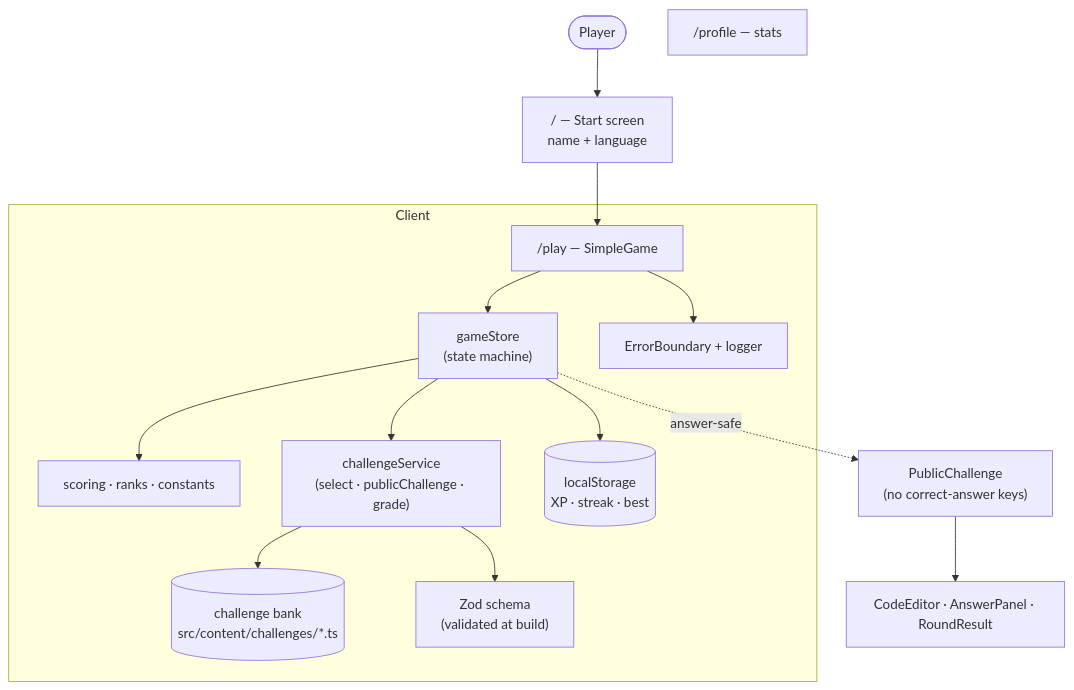
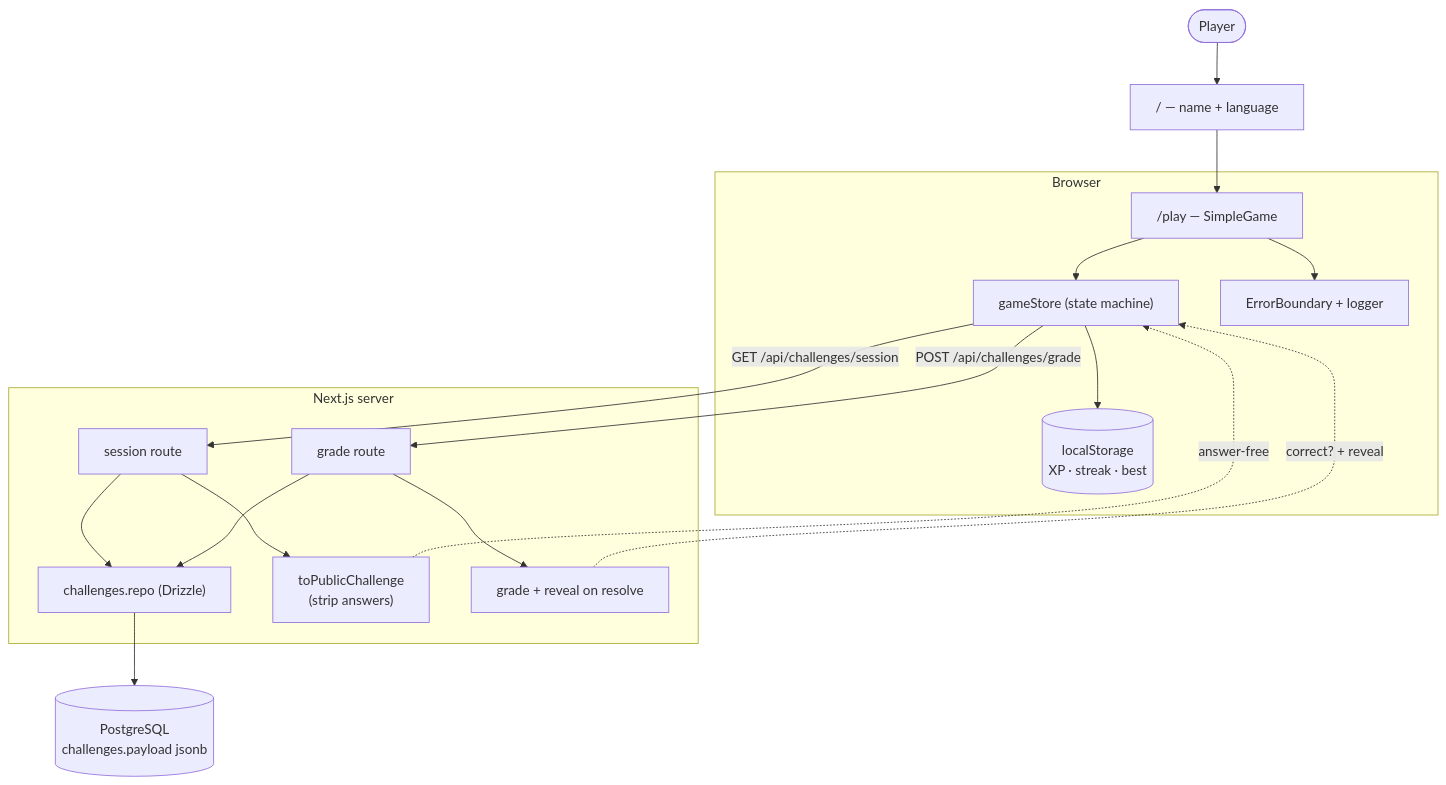
Before and after one commit to TestZucky/bug_hunter: the second of 3 diagrams in README.md, drawn with Mermaid. The commit also changed other lines of this file and 46 other files, not shown here.

First line of the commit message:
feat: move challenges to Postgres, serve answer-stripped, grade server-side

````diff
--- a/README.md
+++ b/README.md
@@ -56,19 +68,26 @@
 ```mermaid
 flowchart TD
-    Player([Player]) --> Start["/ — Start screen<br/>name + language"]
+    Player([Player]) --> Start["/ — name + language"]
     Start --> Play["/play — SimpleGame"]
-    Profile["/profile — stats"]
 
-    subgraph client [Client]
-        Play --> Store["gameStore<br/>(state machine)"]
-        Store --> Scoring["scoring · ranks · constants"]
-        Store --> Service["challengeService<br/>(select · publicChallenge · grade)"]
-        Service --> Content[("challenge bank<br/>src/content/challenges/*.ts")]
-        Service --> Schema["Zod schema<br/>(validated at build)"]
+    subgraph client [Browser]
+        Play --> Store["gameStore (state machine)"]
         Store --> Persist[("localStorage<br/>XP · streak · best")]
         Play --> Boundary["ErrorBoundary + logger"]
     end
 
-    Store -.answer-safe.-> Public["PublicChallenge<br/>(no correct-answer keys)"]
-    Public --> UI["CodeEditor · AnswerPanel · RoundResult"]
+    Store -- "GET /api/challenges/session" --> ApiS["session route"]
+    Store -- "POST /api/challenges/grade" --> ApiG["grade route"]
+
+    subgraph server [Next.js server]
+        ApiS --> Repo["challenges.repo (Drizzle)"]
+        ApiG --> Repo
+        ApiS --> Pub["toPublicChallenge<br/>(strip answers)"]
+        ApiG --> Grade["grade + reveal on resolve"]
+    end
+
+    Repo --> DB[(PostgreSQL<br/>challenges.payload jsonb)]
+
+    Pub -. "answer-free" .-> Store
+    Grade -. "correct? + reveal" .-> Store
 ```
````
